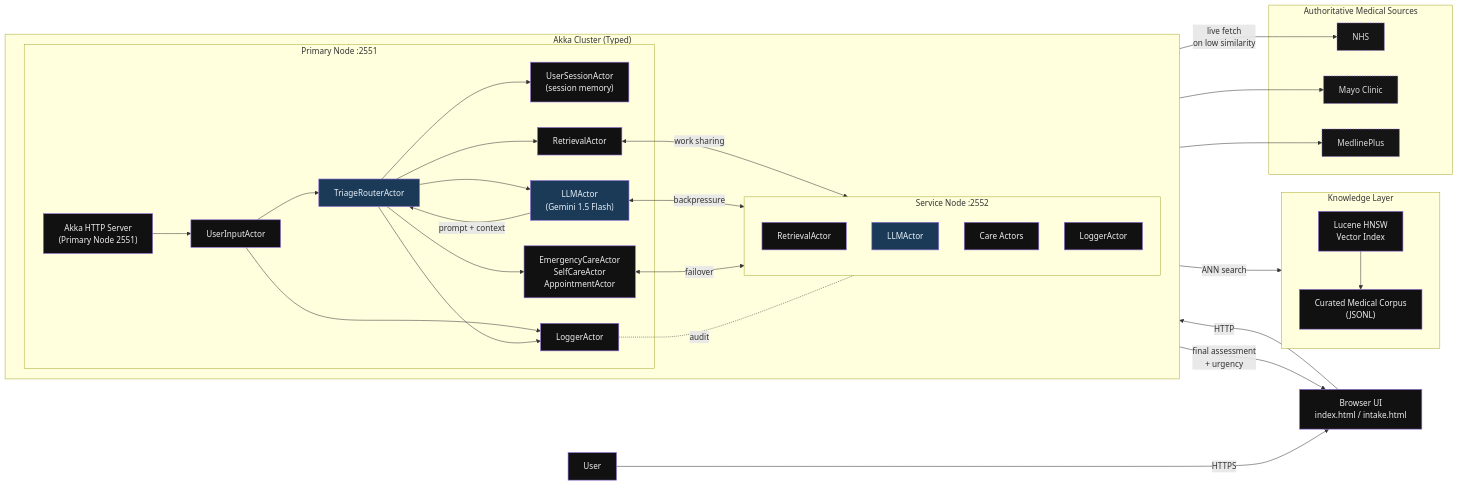
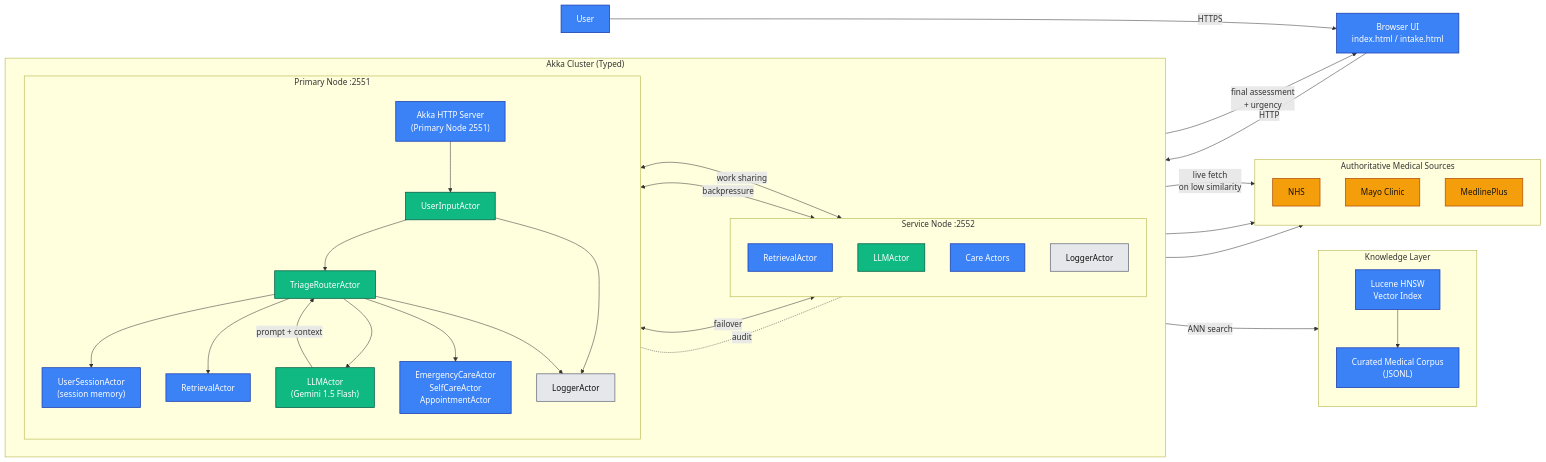
One commit to desai-kalash/medical-triage changed the diagram in docs/architecture.mmd. Above: the diagram before and after it, drawn with Mermaid. The commit also changed 1 other file, not shown here.

Commit message:
Improve architecture diagram styling, colors, and font size for better readability

```diff
--- a/docs/architecture.mmd
+++ b/docs/architecture.mmd
@@ -1,56 +1,60 @@
 flowchart LR
-  classDef node fill:#111,border:#444,color:#eee,stroke-width:1.2;
-  classDef accent fill:#1b3a57,border:#4c8bb3,color:#e7f1f8;
-  classDef ext fill:#151515,border:#666,color:#ddd,stroke-dasharray:3 2;
+%% --- High-contrast, bigger text; all labels quoted ---
+classDef node   fill:#3b82f6,color:#ffffff,stroke:#1e40af,stroke-width:1.5px,font-size:16px;
+classDef accent fill:#10b981,color:#ffffff,stroke:#065f46,stroke-width:1.5px,font-size:16px;
+classDef ext    fill:#f59e0b,color:#111111,stroke:#b45309,stroke-width:1.5px,font-size:16px;
+classDef log    fill:#e5e7eb,color:#111111,stroke:#6b7280,stroke-width:1.5px,font-size:16px;
 
-  U["User"]:::node -->|HTTPS| B["Browser UI<br/>index.html / intake.html"]:::node
-  B -->|HTTP| H["Akka HTTP Server<br/>(Primary Node 2551)"]:::node
+U["User"]:::node -->|HTTPS| B["Browser UI<br/>index.html / intake.html"]:::node
+B -->|HTTP| H["Akka HTTP Server<br/>(Primary Node 2551)"]:::node
 
-  subgraph C["Akka Cluster (Typed)"]
-    direction LR
+subgraph C["Akka Cluster (Typed)"]
+direction LR
 
-    subgraph P["Primary Node :2551"]
-      H --> UIA["UserInputActor"]:::node
-      UIA --> TRA["TriageRouterActor"]:::accent
-      TRA --> USA["UserSessionActor<br/>(session memory)"]:::node
-      TRA --> RET["RetrievalActor"]:::node
-      TRA --> LLM["LLMActor<br/>(Gemini 1.5 Flash)"]:::accent
-      TRA --> CARE["EmergencyCareActor<br/>SelfCareActor<br/>AppointmentActor"]:::node
-      PLOG["LoggerActor"]:::node
-      UIA --> PLOG
-      TRA --> PLOG
-    end
-
-    subgraph S["Service Node :2552"]
-      direction TB
-      SRET["RetrievalActor"]:::node
-      SLLM["LLMActor"]:::accent
-      SCARE["Care Actors"]:::node
-      SLOG["LoggerActor"]:::node
-    end
-
-    RET <-->|work sharing| SRET
-    LLM <-->|backpressure| SLLM
-    CARE <-->|failover| SCARE
-    PLOG -. audit .- SLOG
+  subgraph P["Primary Node :2551"]
+  direction TB
+    H --> UIA["UserInputActor"]:::accent
+    UIA --> TRA["TriageRouterActor"]:::accent
+    TRA --> USA["UserSessionActor<br/>(session memory)"]:::node
+    TRA --> RET["RetrievalActor"]:::node
+    TRA --> LLM["LLMActor<br/>(Gemini 1.5 Flash)"]:::accent
+    TRA --> CARE["EmergencyCareActor<br/>SelfCareActor<br/>AppointmentActor"]:::node
+    PLOG["LoggerActor"]:::log
+    UIA --> PLOG
+    TRA --> PLOG
   end
 
-  subgraph K["Knowledge Layer"]
-    direction TB
-    VS["Lucene HNSW<br/>Vector Index"]:::node
-    CORPUS["Curated Medical Corpus<br/>(JSONL)"]:::node
+  subgraph S["Service Node :2552"]
+  direction TB
+    SRET["RetrievalActor"]:::node
+    SLLM["LLMActor"]:::accent
+    SCARE["Care Actors"]:::node
+    SLOG["LoggerActor"]:::log
   end
-  RET -->|ANN search| VS
-  VS --> CORPUS
 
-  subgraph EXT["Authoritative Medical Sources"]
-    NHS["NHS"]:::ext
-    MAYO["Mayo Clinic"]:::ext
-    MEDLINE["MedlinePlus"]:::ext
-  end
-  RET -->|live fetch<br/>on low similarity| NHS
-  RET --> MAYO
-  RET --> MEDLINE
+  RET <-->|work sharing| SRET
+  LLM <-->|backpressure| SLLM
+  CARE <-->|failover| SCARE
+  PLOG -. audit .- SLOG
+end
 
-  LLM -->|prompt + context| TRA
-  TRA -->|final assessment<br/>+ urgency| B
+subgraph K["Knowledge Layer"]
+direction TB
+  VS["Lucene HNSW<br/>Vector Index"]:::node
+  CORPUS["Curated Medical Corpus<br/>(JSONL)"]:::node
+end
+RET -->|ANN search| VS
+VS --> CORPUS
+
+subgraph EXT["Authoritative Medical Sources"]
+direction TB
+  NHS["NHS"]:::ext
+  MAYO["Mayo Clinic"]:::ext
+  MEDLINE["MedlinePlus"]:::ext
+end
+RET -->|live fetch<br/>on low similarity| NHS
+RET --> MAYO
+RET --> MEDLINE
+
+LLM -->|prompt + context| TRA
+TRA -->|final assessment<br/>+ urgency| B
```
